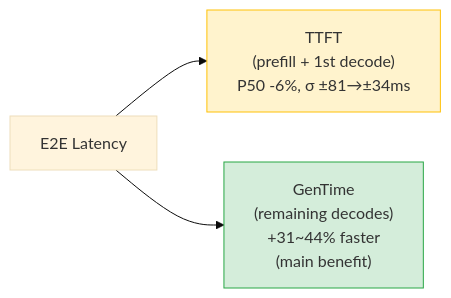
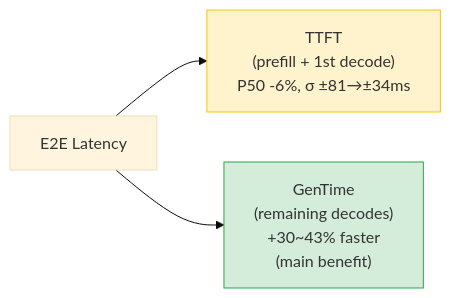
The second of 3 diagrams in Agents/AOAI-Priority-Processing-Benchmark/README.md (david-xinyuwei/david-share), drawn with Mermaid (base theme) before and after one commit. The commit also changed other lines of this file and 1 other file, not shown here.

Commit message:
Fix TPS/E2E ranges: TPS +35-39% (short), +49-66% (long); E2E -17-27% (short); GenTime +30-43% (merged)

````diff
--- a/Agents/AOAI-Priority-Processing-Benchmark/README.md
+++ b/Agents/AOAI-Priority-Processing-Benchmark/README.md
@@ -98,8 +98,8 @@
 ```mermaid
 flowchart LR
     E2E["E2E Latency"] --> TTFT["TTFT<br/>(prefill + 1st decode)<br/>P50 -6%, σ ±81→±34ms"]
-    E2E --> GenTime["GenTime<br/>(remaining decodes)<br/>+31~44% faster<br/>(main benefit)"]
+    E2E --> GenTime["GenTime<br/>(remaining decodes)<br/>+30~43% faster<br/>(main benefit)"]
     
     style TTFT fill:#fff3cd,stroke:#ffc107
     style GenTime fill:#d4edda,stroke:#28a745
 ```
````
